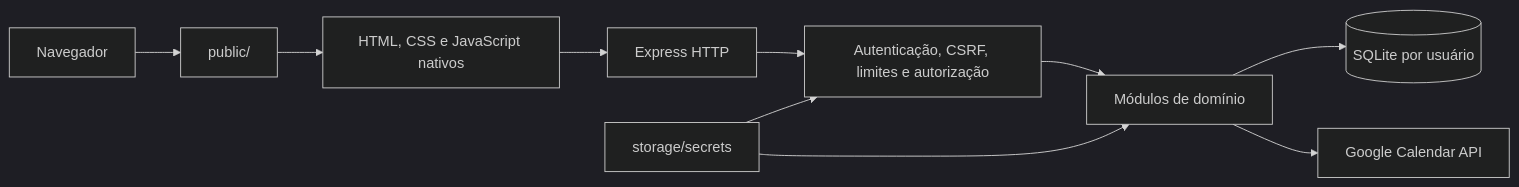
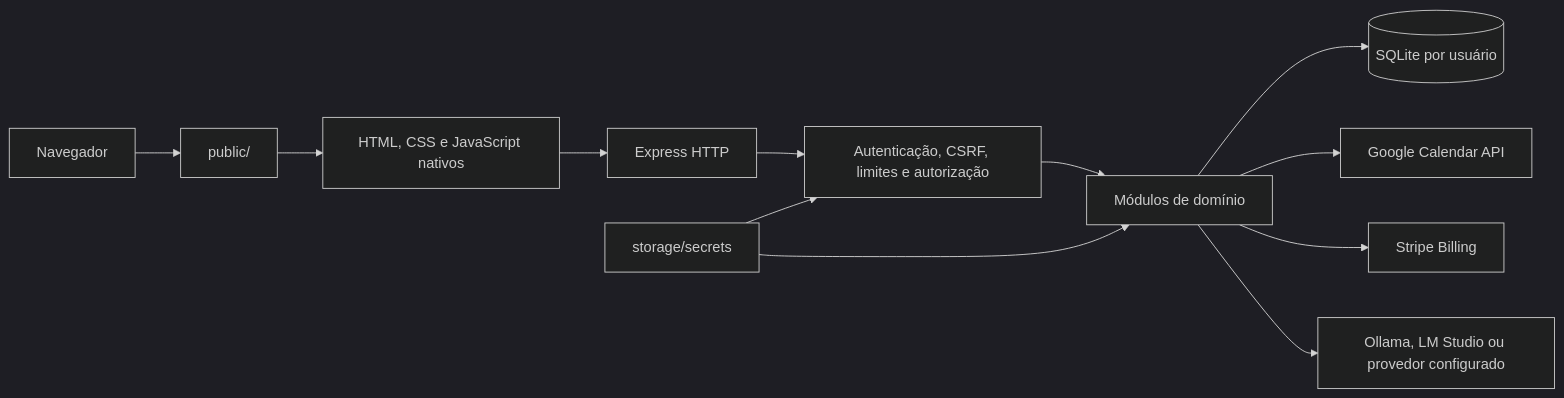
The first of 2 diagrams in README.md (ilyra-ai/kairo), drawn with Mermaid (dark theme) before and after one commit. The commit also changed other lines of this file and 16 other files, not shown here.

````diff
--- a/README.md
+++ b/README.md
@@ -256,12 +281,14 @@
 ```mermaid
 flowchart LR
     B["Navegador"] --> P["public/"]
     P --> F["HTML, CSS e JavaScript nativos"]
     F --> H["Express HTTP"]
     H --> M["Autenticação, CSRF, limites e autorização"]
     M --> D["Módulos de domínio"]
     D --> S[("SQLite por usuário")]
     D --> G["Google Calendar API"]
+    D --> T["Stripe Billing"]
+    D --> L["Ollama, LM Studio ou provedor configurado"]
     K["storage/secrets"] --> M
     K --> D
 ```
````
